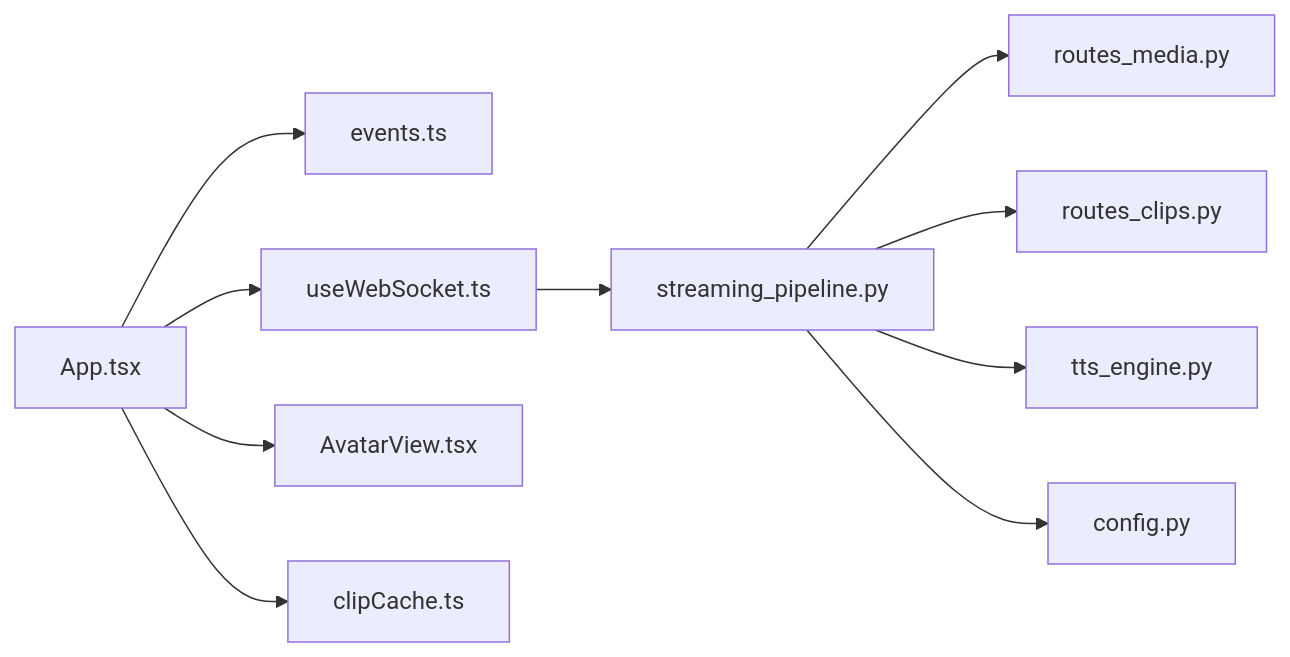
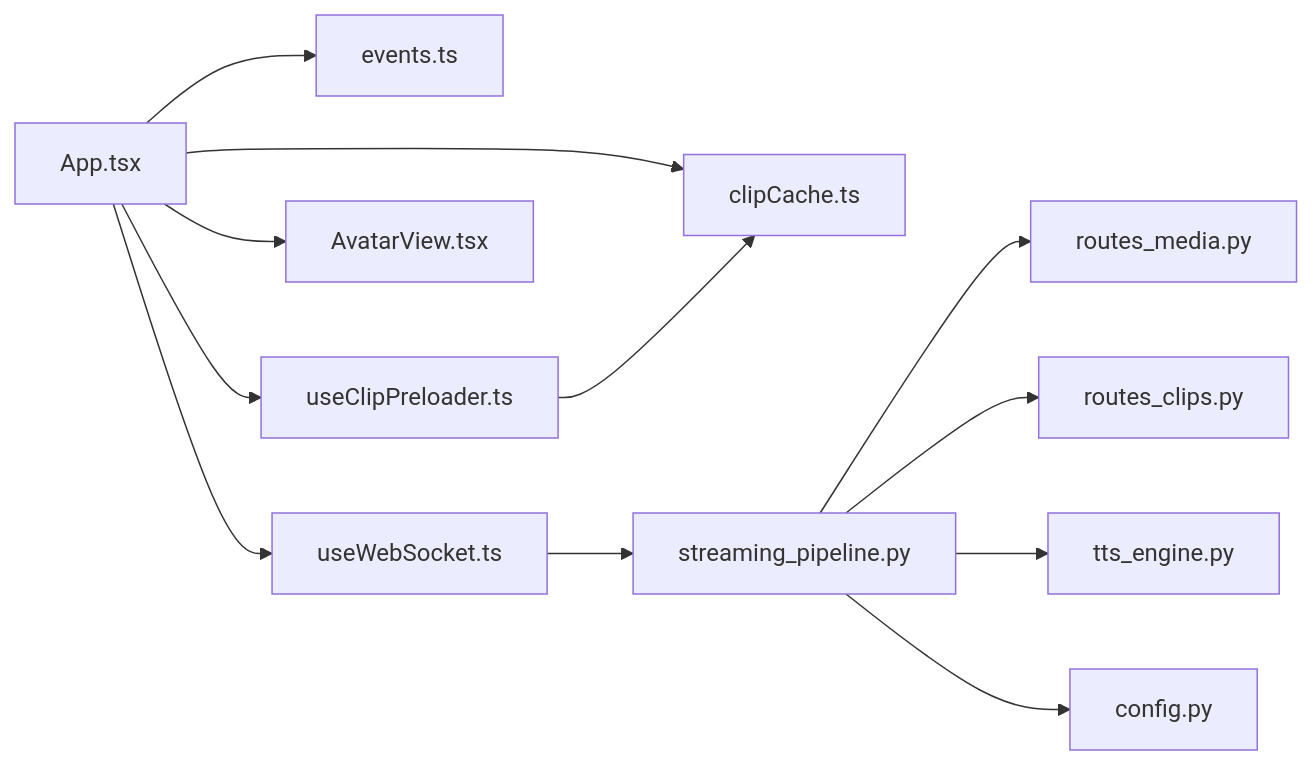
The sixth of 6 diagrams in .qoder/repowiki/zh/content/前端应用/虚拟形象系统.md (leo21cn/real-time-talk), drawn with Mermaid before and after one commit. The commit also changed other lines of this file and 36 other files, not shown here.

````diff
--- a/.qoder/repowiki/zh/content/前端应用/虚拟形象系统.md
+++ b/.qoder/repowiki/zh/content/前端应用/虚拟形象系统.md
@@ -323,12 +359,14 @@
 ```mermaid
 graph LR
 App["App.tsx"] --> Events["events.ts"]
 App --> WS["useWebSocket.ts"]
 App --> AV["AvatarView.tsx"]
 App --> Cache["clipCache.ts"]
+App --> Preload["useClipPreloader.ts"]
 WS --> Pipe["streaming_pipeline.py"]
 Pipe --> Media["routes_media.py"]
 Pipe --> Clips["routes_clips.py"]
 Pipe --> TTS["tts_engine.py"]
 Pipe --> Config["config.py"]
+Preload --> Cache
 ```
````
